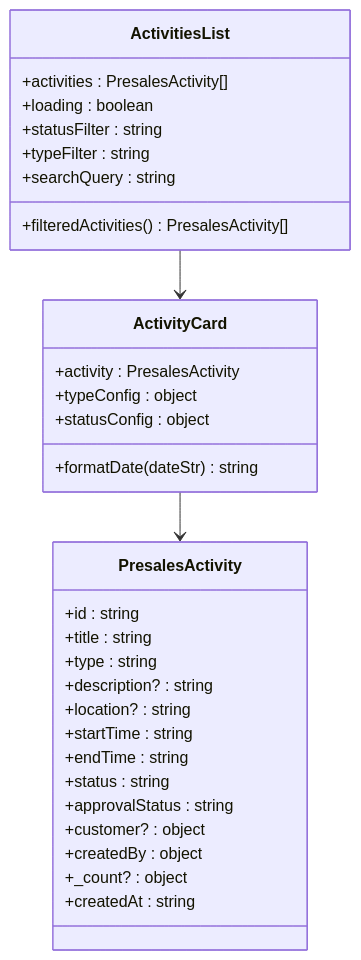
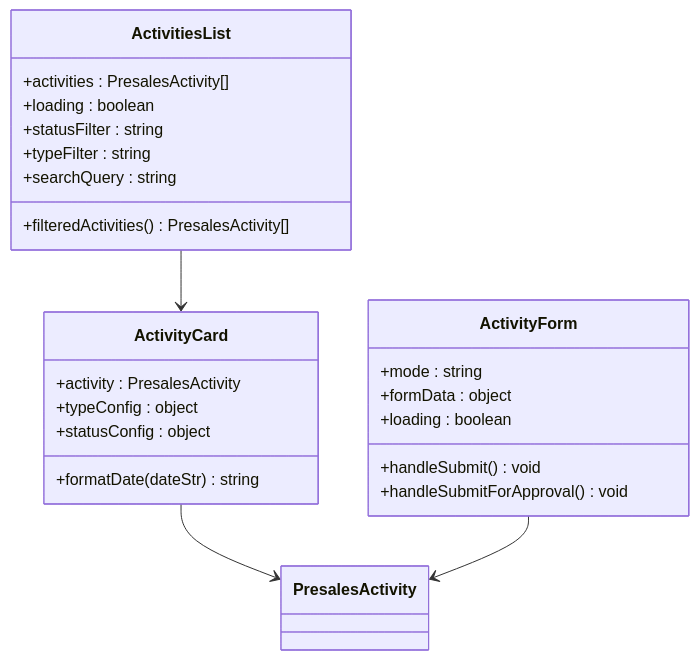
Diagram 19 of 27 in .qoder/repowiki/zh/content/Pre Sales Dashboard.md (xianjianshenqu/SalesFlow-CRM), drawn with Mermaid before and after one commit. The commit also changed other lines of this file and 11 other files, not shown here.

````diff
--- a/.qoder/repowiki/zh/content/Pre Sales Dashboard.md
+++ b/.qoder/repowiki/zh/content/Pre Sales Dashboard.md
@@ -669,34 +785,27 @@
 ```mermaid
 classDiagram
 class ActivitiesList {
 +activities : PresalesActivity[]
 +loading : boolean
 +statusFilter : string
 +typeFilter : string
 +searchQuery : string
 +filteredActivities() PresalesActivity[]
 }
 class ActivityCard {
 +activity : PresalesActivity
 +typeConfig : object
 +statusConfig : object
 +formatDate(dateStr) string
 }
-class PresalesActivity {
-+id : string
-+title : string
-+type : string
-+description? : string
-+location? : string
-+startTime : string
-+endTime : string
-+status : string
-+approvalStatus : string
-+customer? : object
-+createdBy : object
-+_count? : object
-+createdAt : string
+class ActivityForm {
++mode : string
++formData : object
++loading : boolean
++handleSubmit() void
++handleSubmitForApproval() void
 }
 ActivitiesList --> ActivityCard
 ActivityCard --> PresalesActivity
+ActivityForm --> PresalesActivity
 ```
````
